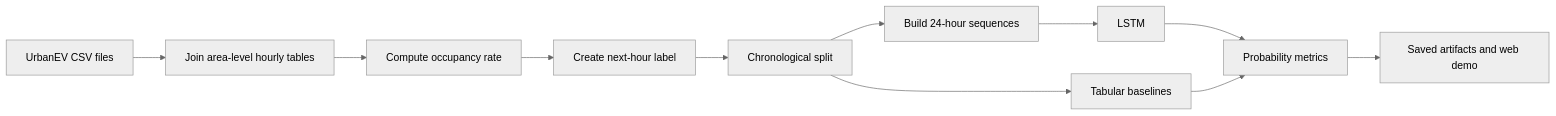
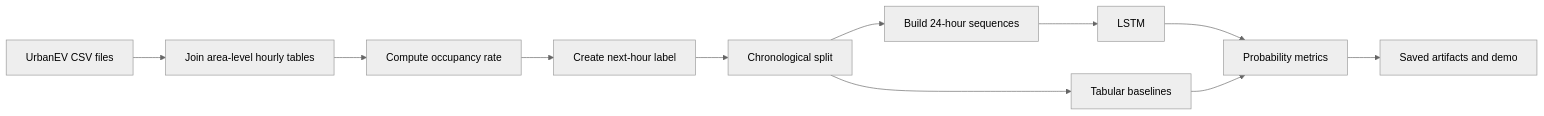
The diagram in README.md (thang-uit/ev-charging-area-early-warning), drawn with Mermaid (neutral theme) before and after one commit. The commit also changed other lines of this file and 3 other files, not shown here.

````diff
--- a/README.md
+++ b/README.md
@@ -183,13 +176,13 @@
 ```mermaid
 flowchart LR
     A[UrbanEV CSV files] --> B[Join area-level hourly tables]
     B --> C[Compute occupancy rate]
     C --> D[Create next-hour label]
     D --> E[Chronological split]
     E --> F[Build 24-hour sequences]
     F --> G[LSTM]
     E --> H[Tabular baselines]
     G --> I[Probability metrics]
     H --> I
-    I --> J[Saved artifacts and web demo]
+    I --> J[Saved artifacts and demo]
 ```
````
